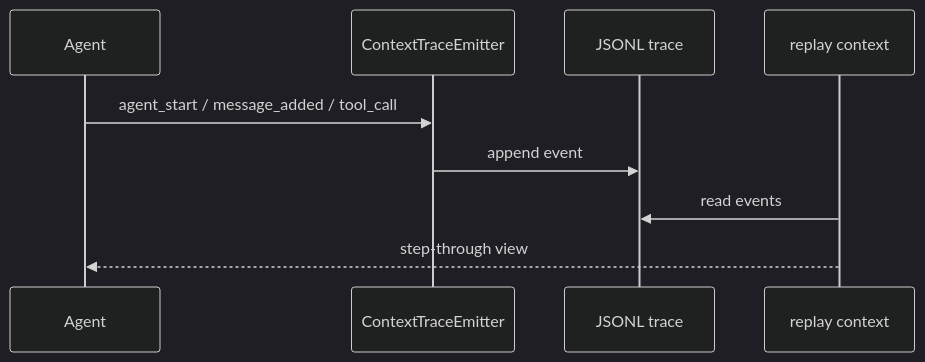
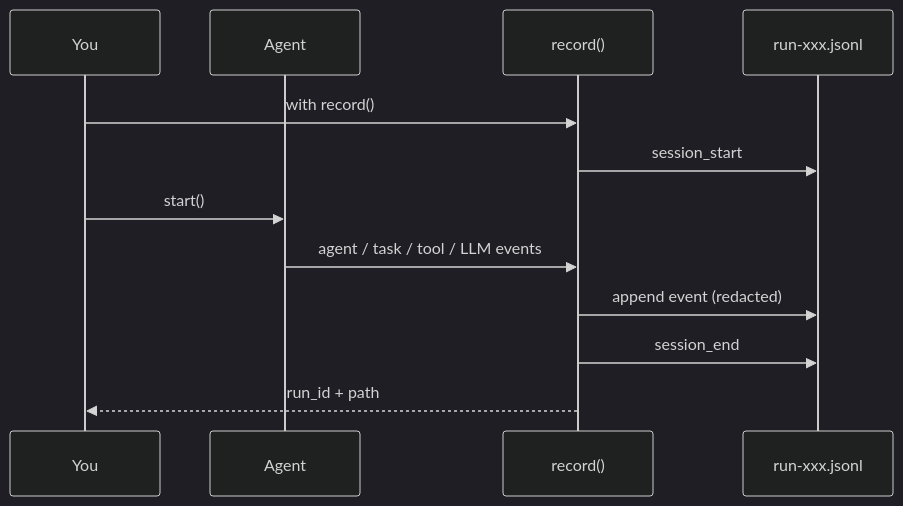
Before and after one commit to MervinPraison/PraisonAIDocs: the third of 3 diagrams in docs/features/replay.mdx, drawn with Mermaid (dark theme). The commit also changed other lines of this file and 6 other files, not shown here.

Commit message:
fix: document PraisonAI Replay record/view/export/rerun (fixes #4724)

````diff
--- a/docs/features/replay.mdx
+++ b/docs/features/replay.mdx
@@ -98,12 +140,15 @@
 ```mermaid
 sequenceDiagram
+    participant You
     participant Agent
-    participant Emitter as ContextTraceEmitter
-    participant Store as JSONL trace
-    participant CLI as replay context
+    participant Rec as record()
+    participant File as run-xxx.jsonl
 
-    Agent->>Emitter: agent_start / message_added / tool_call
-    Emitter->>Store: append event
-    CLI->>Store: read events
-    CLI-->>Agent: step-through view
+    You->>Rec: with record()
+    Rec->>File: session_start
+    You->>Agent: start()
+    Agent->>Rec: agent / task / tool / LLM events
+    Rec->>File: append event (redacted)
+    Rec->>File: session_end
+    Rec-->>You: run_id + path
 ```
````
